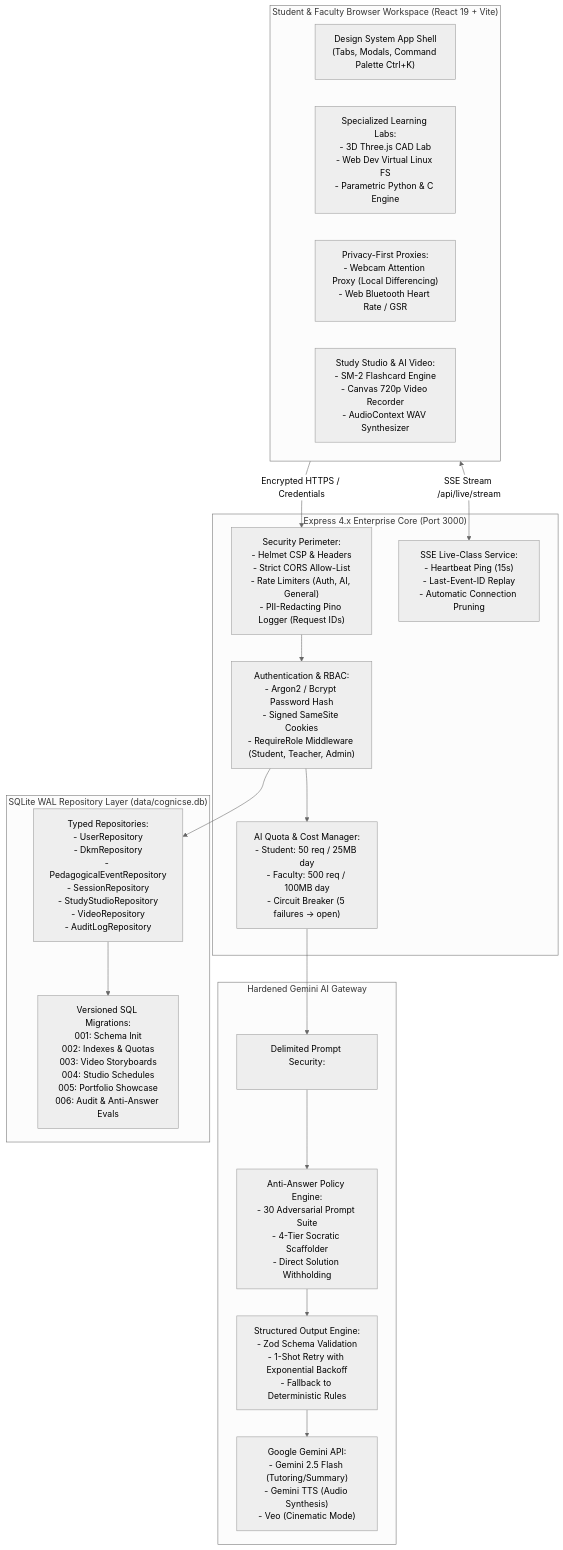
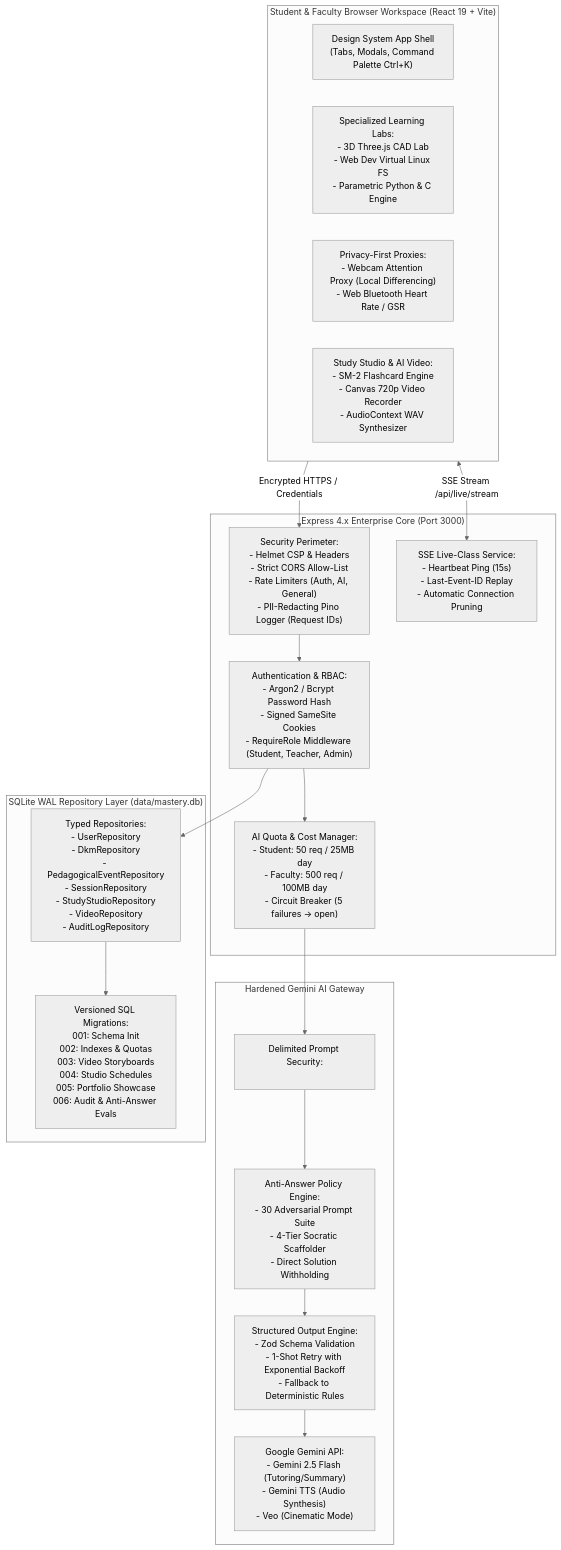
Before and after one commit to harithakar2101/mastery-ai-: the diagram in README.md, drawn with Mermaid (neutral theme). The commit also changed other lines of this file and 62 other files, not shown here.

````diff
--- a/README.md
+++ b/README.md
@@ -71,39 +71,39 @@
 ```mermaid
 flowchart TD
     subgraph Client["Student & Faculty Browser Workspace (React 19 + Vite)"]
         UI["Design System App Shell\n(Tabs, Modals, Command Palette Ctrl+K)"]
         Labs["Specialized Learning Labs:\n- 3D Three.js CAD Lab\n- Web Dev Virtual Linux FS\n- Parametric Python & C Engine"]
         Sensors["Privacy-First Proxies:\n- Webcam Attention Proxy (Local Differencing)\n- Web Bluetooth Heart Rate / GSR"]
         Studio["Study Studio & AI Video:\n- SM-2 Flashcard Engine\n- Canvas 720p Video Recorder\n- AudioContext WAV Synthesizer"]
     end
 
     subgraph Server["Express 4.x Enterprise Core (Port 3000)"]
         Security["Security Perimeter:\n- Helmet CSP & Headers\n- Strict CORS Allow-List\n- Rate Limiters (Auth, AI, General)\n- PII-Redacting Pino Logger (Request IDs)"]
         Auth["Authentication & RBAC:\n- Argon2 / Bcrypt Password Hash\n- Signed SameSite Cookies\n- RequireRole Middleware (Student, Teacher, Admin)"]
         Quotas["AI Quota & Cost Manager:\n- Student: 50 req / 25MB day\n- Faculty: 500 req / 100MB day\n- Circuit Breaker (5 failures -> open)"]
         SSE["SSE Live-Class Service:\n- Heartbeat Ping (15s)\n- Last-Event-ID Replay\n- Automatic Connection Pruning"]
     end
 
     subgraph AIPipeline["Hardened Gemini AI Gateway"]
         Delim["Delimited Prompt Security:\n<untrusted_student_input>\n<untrusted_document_context>"]
         Shield["Anti-Answer Policy Engine:\n- 30 Adversarial Prompt Suite\n- 4-Tier Socratic Scaffolder\n- Direct Solution Withholding"]
         Repair["Structured Output Engine:\n- Zod Schema Validation\n- 1-Shot Retry with Exponential Backoff\n- Fallback to Deterministic Rules"]
         Gemini["Google Gemini API:\n- Gemini 2.5 Flash (Tutoring/Summary)\n- Gemini TTS (Audio Synthesis)\n- Veo (Cinematic Mode)"]
     end
 
-    subgraph Storage["SQLite WAL Repository Layer (data/cognicse.db)"]
+    subgraph Storage["SQLite WAL Repository Layer (data/mastery.db)"]
         Repos["Typed Repositories:\n- UserRepository\n- DkmRepository\n- PedagogicalEventRepository\n- SessionRepository\n- StudyStudioRepository\n- VideoRepository\n- AuditLogRepository"]
         Migrations["Versioned SQL Migrations:\n001: Schema Init\n002: Indexes & Quotas\n003: Video Storyboards\n004: Studio Schedules\n005: Portfolio Showcase\n006: Audit & Anti-Answer Evals"]
     end
 
     Client -->|Encrypted HTTPS / Credentials| Security
     Security --> Auth
     Auth --> Quotas
     Quotas --> Delim
     Delim --> Shield
     Shield --> Repair
     Repair --> Gemini
     Client <-->|SSE Stream /api/live/stream| SSE
     Auth --> Repos
     Repos --> Migrations
 ```
````
